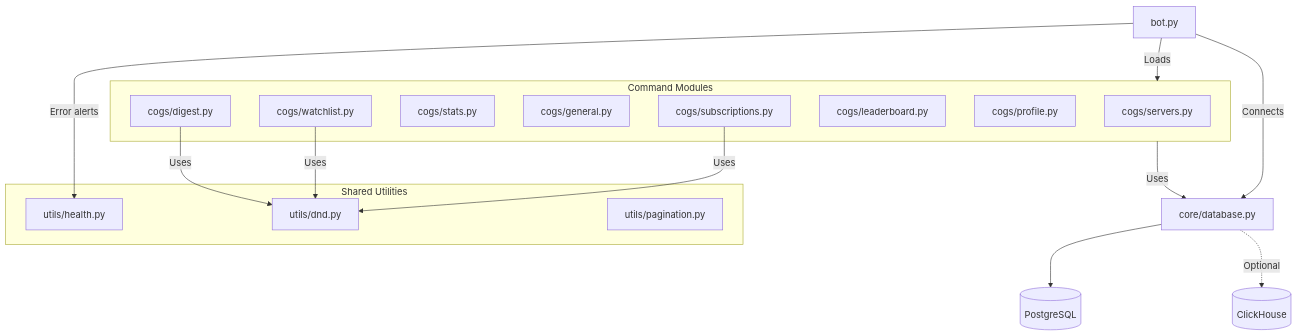
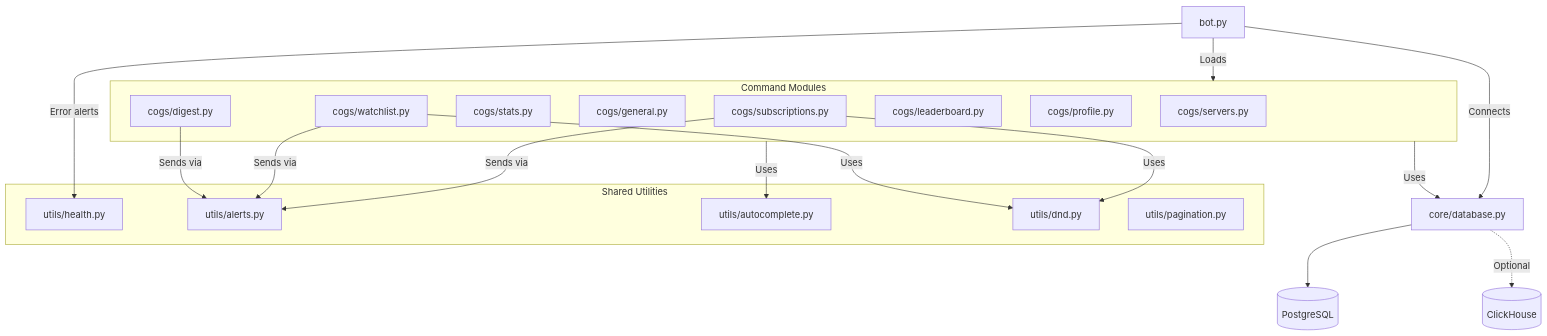
One commit to hootmeow/bf1942-map-alert changed the diagram in readme.md. Above: the diagram before and after it, drawn with Mermaid. The commit also changed other lines of this file, not shown here.

````diff
--- a/readme.md
+++ b/readme.md
@@ -27,31 +27,36 @@
 ```mermaid
 graph TD
     Bot[bot.py] -->|Loads| Cogs
     Bot -->|Connects| DB[core/database.py]
     Bot -->|Error alerts| Health[utils/health.py]
 
     subgraph Cogs ["Command Modules"]
         Servers[cogs/servers.py]
         Subs[cogs/subscriptions.py]
         Stats[cogs/stats.py]
         General[cogs/general.py]
         Watch[cogs/watchlist.py]
         Leaderboard[cogs/leaderboard.py]
         Profile[cogs/profile.py]
         Digest[cogs/digest.py]
     end
 
     subgraph Utils ["Shared Utilities"]
+        Alerts[utils/alerts.py]
+        Autocomplete[utils/autocomplete.py]
         DND[utils/dnd.py]
         Health
         Pagination[utils/pagination.py]
     end
 
     Cogs -->|Uses| DB
+    Cogs -->|Uses| Autocomplete
+    Subs -->|Sends via| Alerts
+    Watch -->|Sends via| Alerts
+    Digest -->|Sends via| Alerts
     Subs -->|Uses| DND
     Watch -->|Uses| DND
-    Digest -->|Uses| DND
 
     DB --> PostgreSQL[(PostgreSQL)]
     DB -.->|Optional| ClickHouse[(ClickHouse)]
 ```
````
